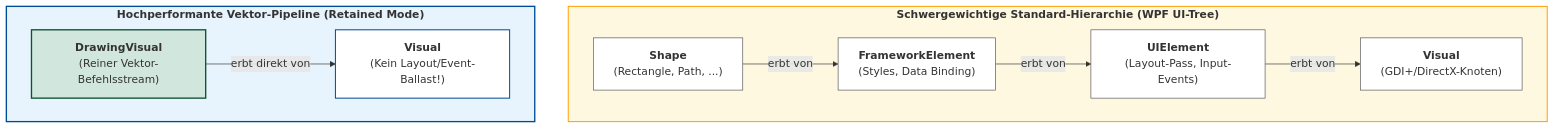
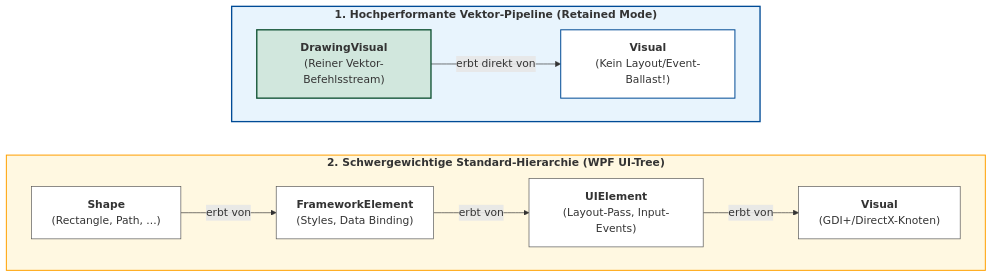
The diagram in Folien/03_Visualisierung_2D_Vektor/Diagramme/WPF_Visual_Hierarchie.mmd (ghackenberg/kurs-computer-simulation), drawn with Mermaid before and after one commit. The commit also changed 29 other files, not shown here.

```diff
--- a/Folien/03_Visualisierung_2D_Vektor/Diagramme/WPF_Visual_Hierarchie.mmd
+++ b/Folien/03_Visualisierung_2D_Vektor/Diagramme/WPF_Visual_Hierarchie.mmd
@@ -1,21 +1,23 @@
 flowchart TD
-    subgraph HW["<b>Schwergewichtige Standard-Hierarchie (WPF UI-Tree)</b>"]
+    subgraph LW["<b>1. Hochperformante Vektor-Pipeline (Retained Mode)</b>"]
+        direction LR
+        DV["<b>DrawingVisual</b><br/>(Reiner Vektor-Befehlsstream)"] -->|erbt direkt von| Vis2["<b>Visual</b><br/>(Kein Layout/Event-Ballast!)"]
+    end
+
+    subgraph HW["<b>2. Schwergewichtige Standard-Hierarchie (WPF UI-Tree)</b>"]
         direction LR
         Shape["<b>Shape</b><br/>(Rectangle, Path, ...)"] -->|erbt von| FE["<b>FrameworkElement</b><br/>(Styles, Data Binding)"]
         FE -->|erbt von| UI["<b>UIElement</b><br/>(Layout-Pass, Input-Events)"]
         UI -->|erbt von| Vis1["<b>Visual</b><br/>(GDI+/DirectX-Knoten)"]
     end
 
-    subgraph LW["<b>Hochperformante Vektor-Pipeline (Retained Mode)</b>"]
-        direction LR
-        DV["<b>DrawingVisual</b><br/>(Reiner Vektor-Befehlsstream)"] -->|erbt direkt von| Vis2["<b>Visual</b><br/>(Kein Layout/Event-Ballast!)"]
-    end
+    LW ~~~ HW
 
     style HW fill:#fff8e1,stroke:#ffa000,stroke-width:1.5px
     style LW fill:#e8f4fd,stroke:#004B96,stroke-width:2px
     style DV fill:#d1e7dd,stroke:#0f5132,stroke-width:2px
     style Shape fill:#ffffff,stroke:#555,stroke-width:1px
     style FE fill:#ffffff,stroke:#555,stroke-width:1px
     style UI fill:#ffffff,stroke:#555,stroke-width:1px
     style Vis1 fill:#ffffff,stroke:#555,stroke-width:1px
     style Vis2 fill:#ffffff,stroke:#004B96,stroke-width:1.5px
```
